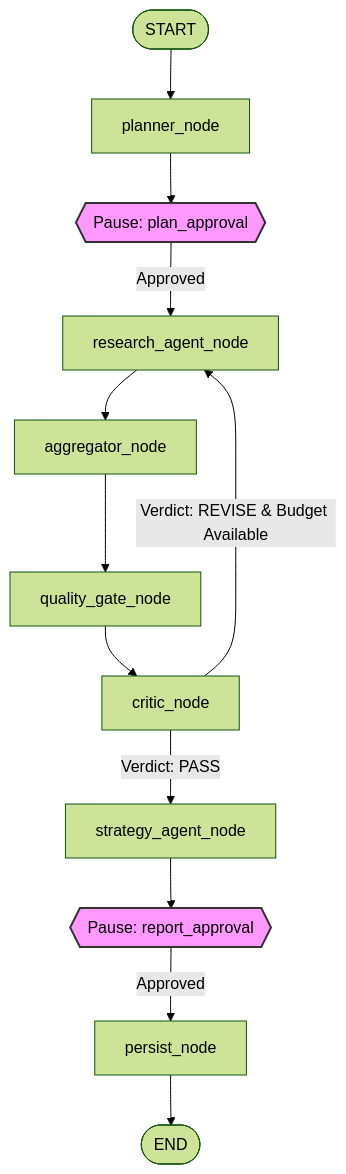
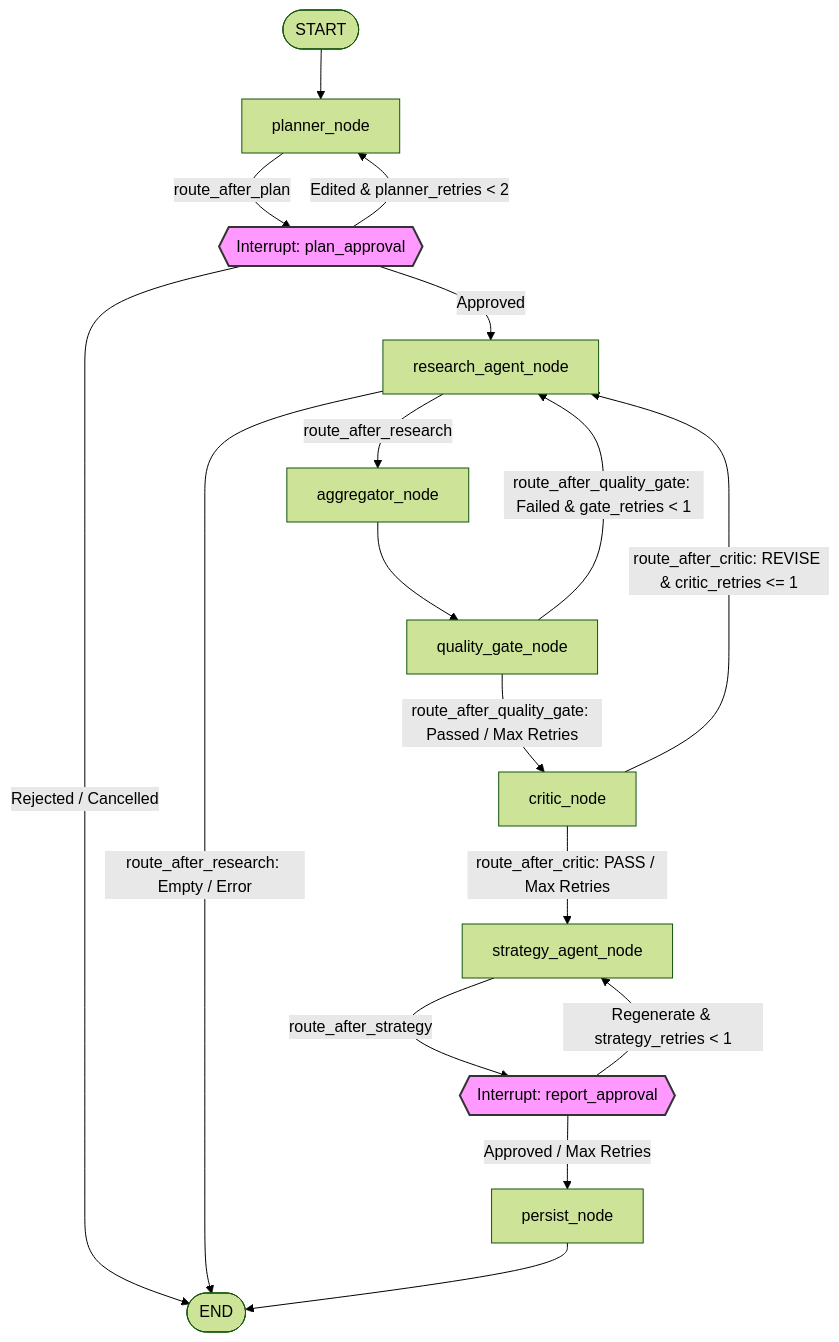
One commit to Shafia-01/Stratix changed the diagram in README.md. Above: the diagram before and after it, drawn with Mermaid (forest theme). The commit also changed other lines of this file, not shown here.

````diff
--- a/README.md
+++ b/README.md
@@ -50,17 +62,29 @@
 ```mermaid
 graph TD
     START([START]) --> planner_node[planner_node]
-    planner_node --> HITL1{{"Pause: plan_approval"}}
+    
+    planner_node -->|route_after_plan| HITL1{{"Interrupt: plan_approval"}}
     HITL1 -->|Approved| research_agent_node[research_agent_node]
-    research_agent_node --> aggregator_node[aggregator_node]
+    HITL1 -->|Edited & planner_retries < 2| planner_node
+    HITL1 -->|Rejected / Cancelled| END([END])
+    
+    research_agent_node -->|route_after_research| aggregator_node[aggregator_node]
+    research_agent_node -->|route_after_research: Empty / Error| END
+    
     aggregator_node --> quality_gate_node[quality_gate_node]
-    quality_gate_node --> critic_node[critic_node]
-    critic_node -->|Verdict: REVISE & Budget Available| research_agent_node
-    critic_node -->|Verdict: PASS| strategy_agent_node[strategy_agent_node]
-    strategy_agent_node --> HITL2{{"Pause: report_approval"}}
-    HITL2 -->|Approved| persist_node[persist_node]
+    
+    quality_gate_node -->|route_after_quality_gate: Failed & gate_retries < 1| research_agent_node
+    quality_gate_node -->|route_after_quality_gate: Passed / Max Retries| critic_node[critic_node]
+    
+    critic_node -->|route_after_critic: REVISE & critic_retries <= 1| research_agent_node
+    critic_node -->|route_after_critic: PASS / Max Retries| strategy_agent_node[strategy_agent_node]
+    
+    strategy_agent_node -->|route_after_strategy| HITL2{{"Interrupt: report_approval"}}
+    HITL2 -->|Regenerate & strategy_retries < 1| strategy_agent_node
+    HITL2 -->|Approved / Max Retries| persist_node[persist_node]
+    
     persist_node --> END([END])
 
     style HITL1 fill:#f9f,stroke:#333,stroke-width:2px
     style HITL2 fill:#f9f,stroke:#333,stroke-width:2px
 ```
````
